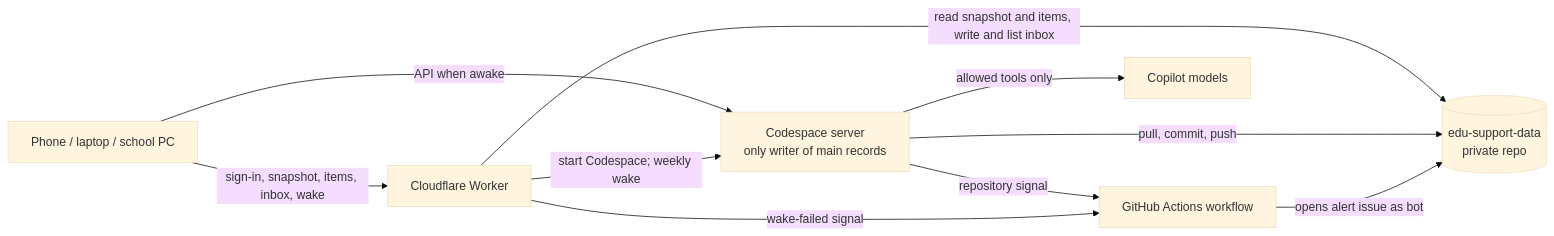
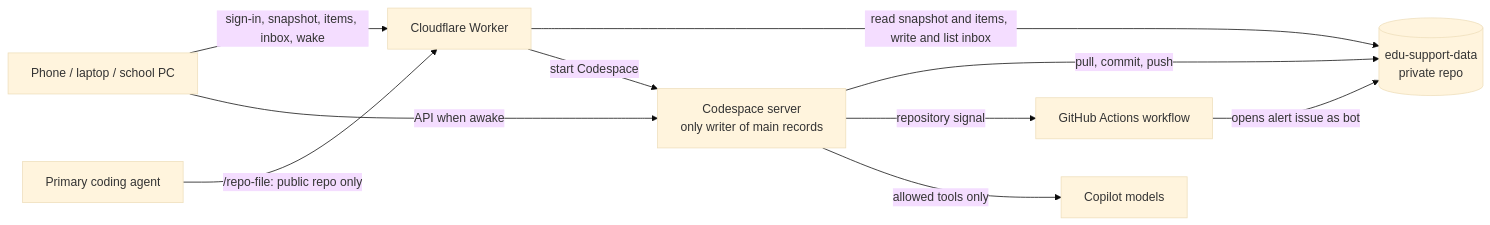
Before and after one commit to Simonh1982/edu-support-app: the diagram in docs/build-spec.md, drawn with Mermaid (base theme). The commit also changed other lines of this file and 1 other file, not shown here.

````diff
--- a/docs/build-spec.md
+++ b/docs/build-spec.md
@@ -1491,12 +1497,12 @@
 ```mermaid
 flowchart LR
   P[Phone / laptop / school PC] -->|sign-in, snapshot, items, inbox, wake| W[Cloudflare Worker]
   P -->|API when awake| S[Codespace server<br/>only writer of main records]
   W -->|read snapshot and items, write and list inbox| R[(edu-support-data<br/>private repo)]
-  W -->|start Codespace; weekly wake| S
+  W -->|start Codespace| S
   S -->|pull, commit, push| R
   S -->|repository signal| A[GitHub Actions workflow]
-  W -->|wake-failed signal| A
+  AG[Primary coding agent] -->|/repo-file: public repo only| W
   A -->|opens alert issue as bot| R
   S -->|allowed tools only| M[Copilot models]
 ```
````
